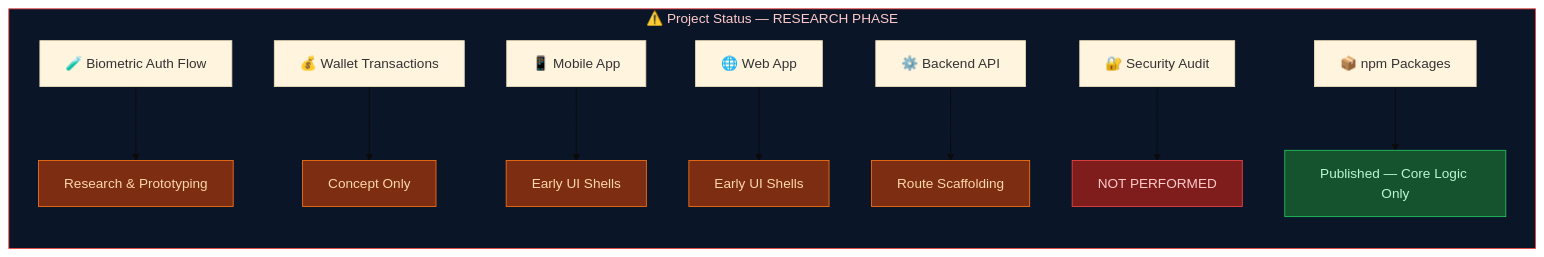
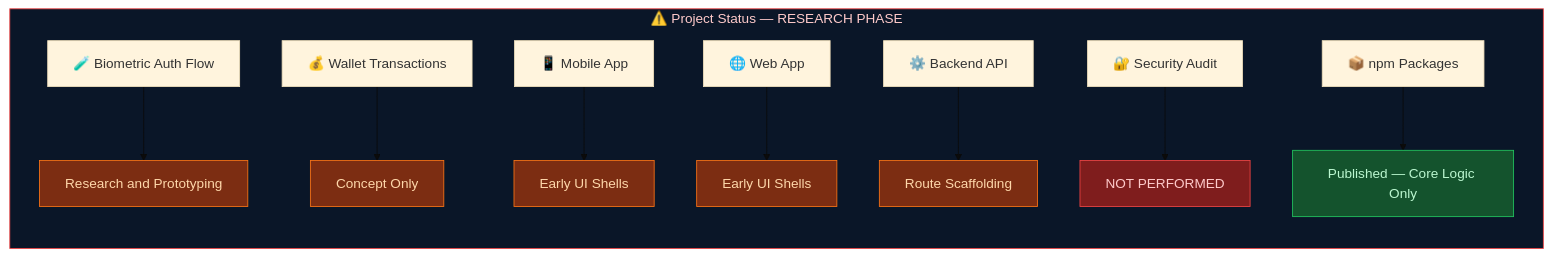
One commit to mulkymalikuldhrs/BioWallet changed the fourth of 4 diagrams in README.md. Above: the diagram before and after it, drawn with Mermaid (base theme). The commit also changed other lines of this file and 1 other file, not shown here.

Commit message:
🎨 Upgrade: banner image + fixed Mermaid + animations + flow diagrams

````diff
--- a/README.md
+++ b/README.md
@@ -283,22 +193,22 @@
 ```mermaid
 graph LR
     subgraph Status["⚠️ Project Status — RESEARCH PHASE"]
         direction TB
-        A["🧪 Biometric Auth Flow"] --> A1["Research & Prototyping"]
+        A["🧪 Biometric Auth Flow"] --> A1["Research and Prototyping"]
         B["💰 Wallet Transactions"] --> B1["Concept Only"]
         C["📱 Mobile App"] --> C1["Early UI Shells"]
         D["🌐 Web App"] --> D1["Early UI Shells"]
         E["⚙️ Backend API"] --> E1["Route Scaffolding"]
         F["🔐 Security Audit"] --> F1["NOT PERFORMED"]
         G["📦 npm Packages"] --> G1["Published — Core Logic Only"]
     end
 
     style Status fill:#0a1628,stroke:#ef4444,color:#fecaca
     style A1 fill:#7c2d12,stroke:#f97316,color:#fed7aa
     style B1 fill:#7c2d12,stroke:#f97316,color:#fed7aa
     style C1 fill:#7c2d12,stroke:#f97316,color:#fed7aa
     style D1 fill:#7c2d12,stroke:#f97316,color:#fed7aa
     style E1 fill:#7c2d12,stroke:#f97316,color:#fed7aa
     style F1 fill:#7f1d1d,stroke:#ef4444,color:#fecaca
     style G1 fill:#14532d,stroke:#22c55e,color:#bbf7d0
 ```
````
